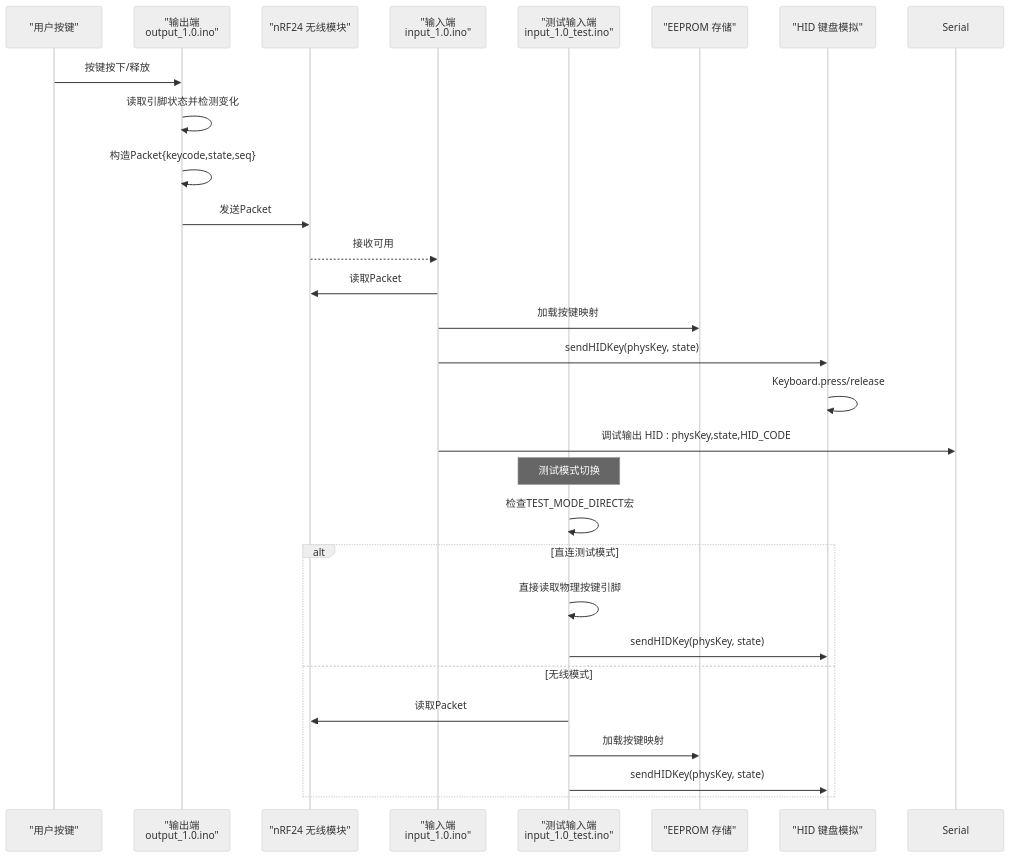
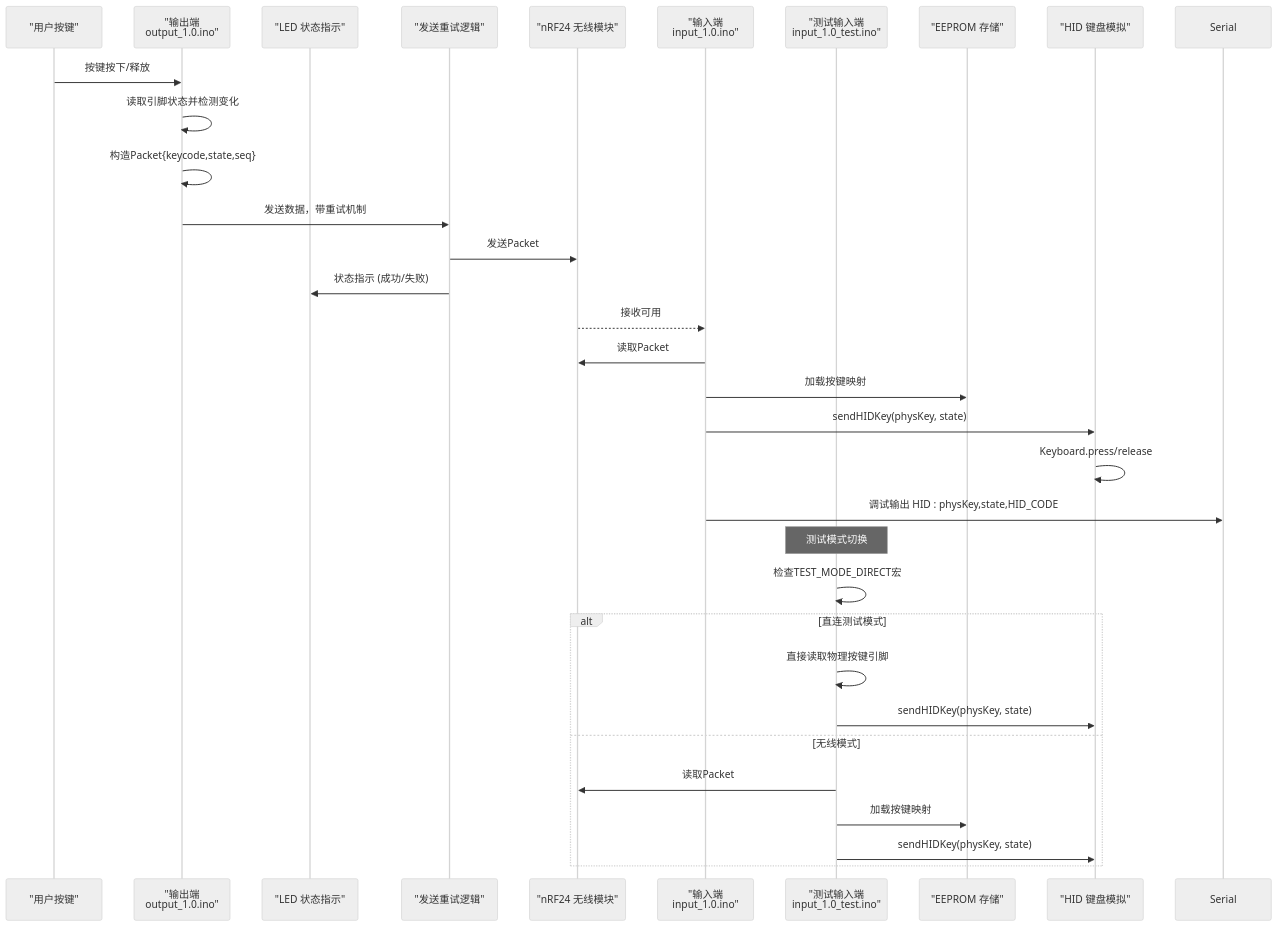
The second of 9 diagrams in .qoder/repowiki/zh/content/硬件系统设计/固件实现细节.md (Hankun-P/wireless-keyboard-toy), drawn with Mermaid (neutral theme) before and after one commit. The commit also changed other lines of this file and 10 other files, not shown here.

````diff
--- a/.qoder/repowiki/zh/content/硬件系统设计/固件实现细节.md
+++ b/.qoder/repowiki/zh/content/硬件系统设计/固件实现细节.md
@@ -127,30 +137,34 @@
 ```mermaid
 sequenceDiagram
 participant User as "用户按键"
 participant Out as "输出端<br/>output_1.0.ino"
+participant LED as "LED 状态指示"
+participant Retry as "发送重试逻辑"
 participant Radio as "nRF24 无线模块"
 participant Inp as "输入端<br/>input_1.0.ino"
 participant Test as "测试输入端<br/>input_1.0_test.ino"
 participant EEPROM as "EEPROM 存储"
 participant HID as "HID 键盘模拟"
 User->>Out : 按键按下/释放
 Out->>Out : 读取引脚状态并检测变化
 Out->>Out : 构造Packet{keycode,state,seq}
-Out->>Radio : 发送Packet
+Out->>Retry : 发送数据，带重试机制
+Retry->>Radio : 发送Packet
+Retry->>LED : 状态指示 (成功/失败)
 Radio-->>Inp : 接收可用
 Inp->>Radio : 读取Packet
 Inp->>EEPROM : 加载按键映射
 Inp->>HID : sendHIDKey(physKey, state)
 HID->>HID : Keyboard.press/release
 Inp->>Serial : 调试输出 HID : physKey,state,HID_CODE
 Note over Test : 测试模式切换
 Test->>Test : 检查TEST_MODE_DIRECT宏
 alt 直连测试模式
 Test->>Test : 直接读取物理按键引脚
 Test->>HID : sendHIDKey(physKey, state)
 else 无线模式
 Test->>Radio : 读取Packet
 Test->>EEPROM : 加载按键映射
 Test->>HID : sendHIDKey(physKey, state)
 end
 ```
````
